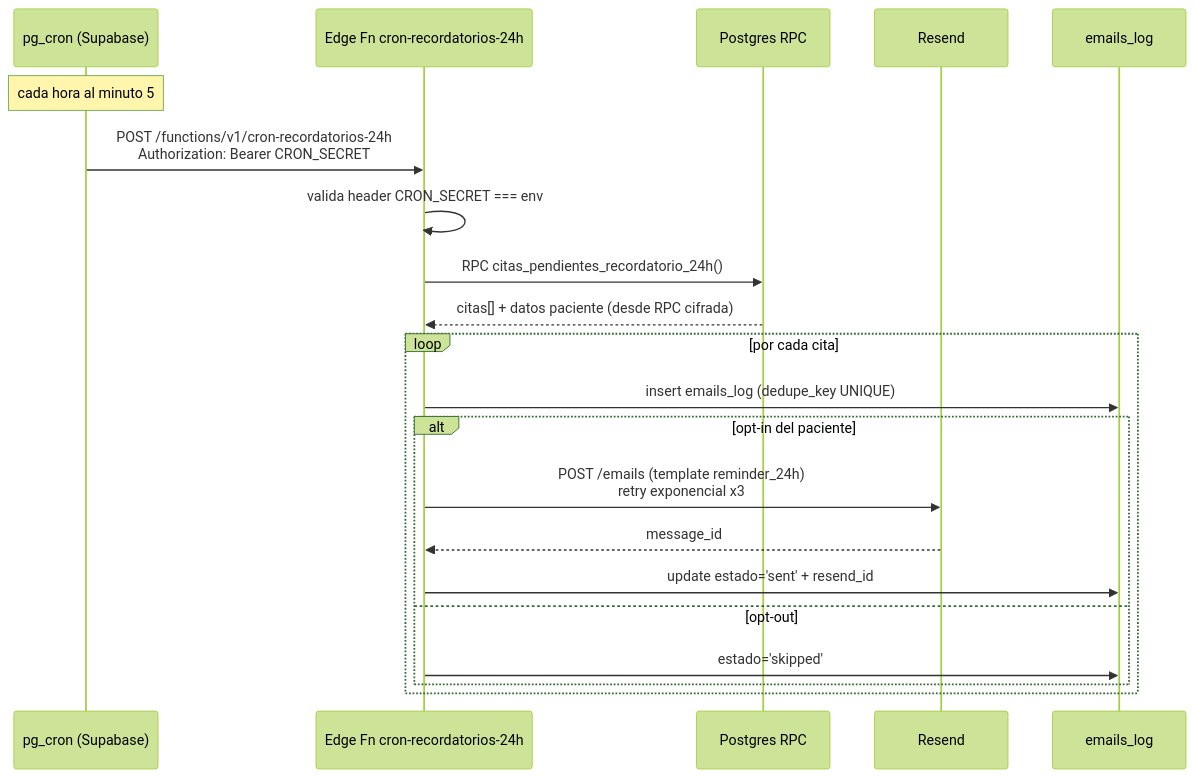
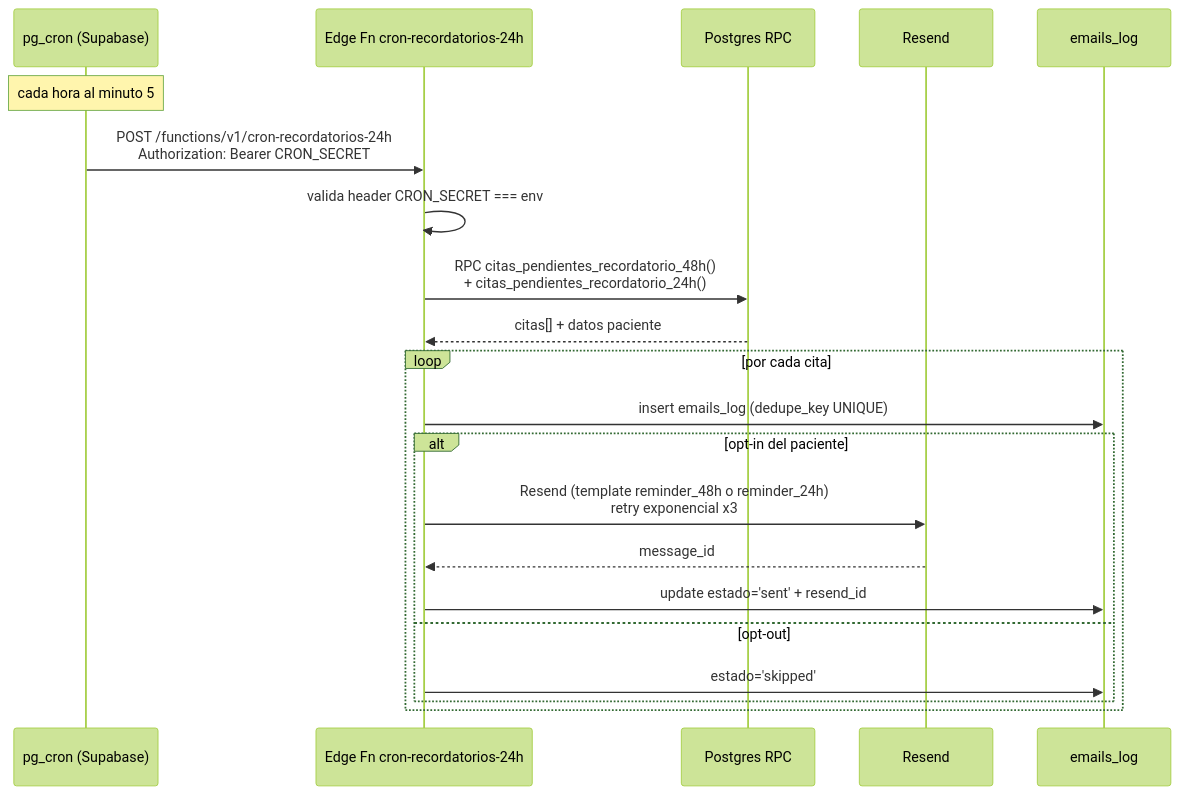
The fifth of 7 diagrams in docs/03_ingenieria/arquitectura-visual.md (AlvaroGomezRuiz/clinica_almudena_marchesi), drawn with Mermaid (forest theme) before and after one commit. The commit also changed other lines of this file and 148 other files, not shown here.

````diff
--- a/docs/03_ingenieria/arquitectura-visual.md
+++ b/docs/03_ingenieria/arquitectura-visual.md
@@ -181,24 +181,24 @@
 ```mermaid
 sequenceDiagram
     participant PGCRON as pg_cron (Supabase)
     participant EF as Edge Fn cron-recordatorios-24h
     participant D as Postgres RPC
     participant R as Resend
     participant L as emails_log
 
     Note over PGCRON: cada hora al minuto 5
     PGCRON->>EF: POST /functions/v1/cron-recordatorios-24h<br/>Authorization: Bearer CRON_SECRET
     EF->>EF: valida header CRON_SECRET === env
-    EF->>D: RPC citas_pendientes_recordatorio_24h()
-    D-->>EF: citas[] + datos paciente (desde RPC cifrada)
+    EF->>D: RPC citas_pendientes_recordatorio_48h()<br/>+ citas_pendientes_recordatorio_24h()
+    D-->>EF: citas[] + datos paciente
     loop por cada cita
         EF->>L: insert emails_log (dedupe_key UNIQUE)
         alt opt-in del paciente
-            EF->>R: POST /emails (template reminder_24h)<br/>retry exponencial x3
+            EF->>R: Resend (template reminder_48h o reminder_24h)<br/>retry exponencial x3
             R-->>EF: message_id
             EF->>L: update estado='sent' + resend_id
         else opt-out
             EF->>L: estado='skipped'
         end
     end
 ```
````
